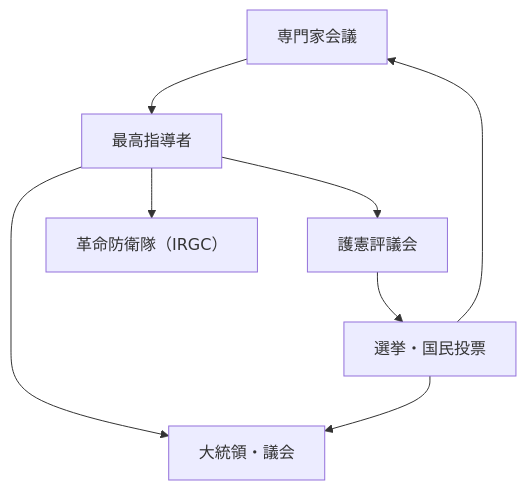
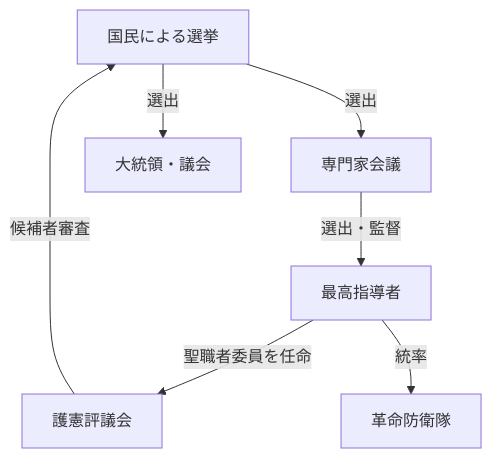
The second of 2 diagrams in articles/report/post-revolution-iran-power-structure/ja/index.mdx (daylight55/research), drawn with Mermaid before and after one commit. The commit also changed other lines of this file and 181 other files, not shown here.

First line of the commit message:
全記事の図解368点を再生成し、共通注意書きを削除 (#402)

````diff
--- a/articles/report/post-revolution-iran-power-structure/ja/index.mdx
+++ b/articles/report/post-revolution-iran-power-structure/ja/index.mdx
@@ -66,17 +69,17 @@
 ```mermaid
-flowchart TB
-    ExpertAssembly["専門家会議"]
-    SupremeLeader["最高指導者"]
-    GuardianCouncil["護憲評議会"]
-    Elected["大統領・議会"]
-    IRGC["革命防衛隊（IRGC）"]
-    Elections["選挙・国民投票"]
-
-    ExpertAssembly --> SupremeLeader
-    SupremeLeader --> GuardianCouncil
-    SupremeLeader --> IRGC
-    SupremeLeader --> Elected
-    GuardianCouncil --> Elections
-    Elections --> Elected
-    Elections --> ExpertAssembly
+flowchart TD
+  accTitle: イランの指導者選出・候補者審査・選挙
+  accDescr: 専門家会議の選出・監督、最高指導者の任命権、護憲評議会の候補者審査、国民による選挙を区別する。
+  N0["国民による選挙"]
+  N1["専門家会議"]
+  N2["最高指導者"]
+  N3["護憲評議会"]
+  N4["大統領・議会"]
+  N5["革命防衛隊"]
+  N0 -->|選出| N1
+  N1 -->|選出・監督| N2
+  N2 -->|聖職者委員を任命| N3
+  N2 -->|統率| N5
+  N3 -->|候補者審査| N0
+  N0 -->|選出| N4
 ```
````
